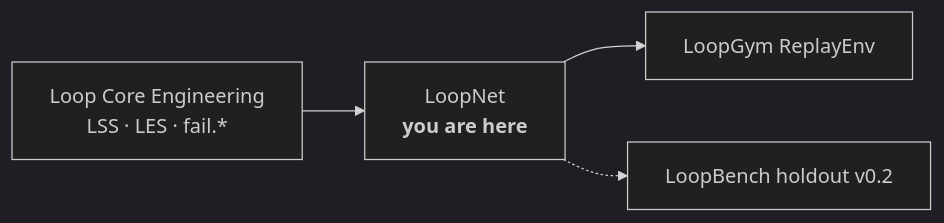
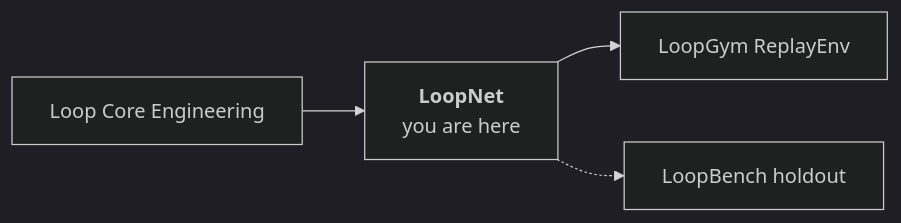
The diagram in README.md (KanakMalpani/loopnet), drawn with Mermaid (dark theme) before and after one commit. The commit also changed other lines of this file, not shown here.

````diff
--- a/README.md
+++ b/README.md
@@ -44,11 +92,11 @@
 ```mermaid
 flowchart LR
-  CORE[Loop Core Engineering<br/>LSS · LES · fail.*]
-  NET["LoopNet<br/><b>you are here</b>"]
+  CORE[Loop Core Engineering]
+  NET["<b>LoopNet</b><br/>you are here"]
   GYM[LoopGym ReplayEnv]
-  BENCH[LoopBench holdout v0.2]
+  BENCH[LoopBench holdout]
 
   CORE --> NET
   NET --> GYM
   NET -.-> BENCH
 ```
````
